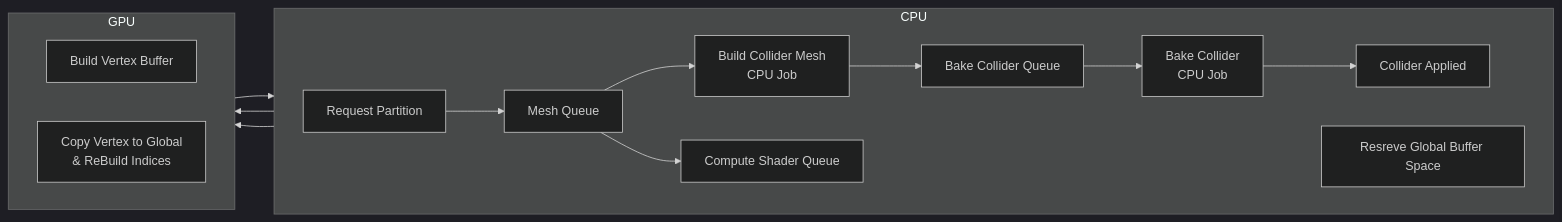
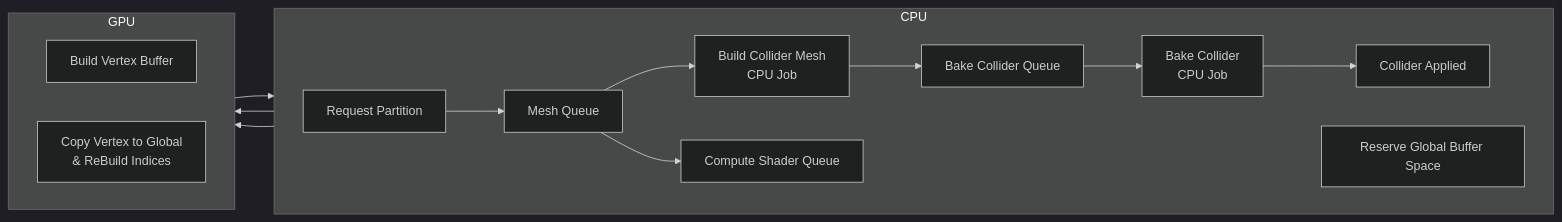
The fifth of 9 diagrams in Assets/Engine/Docs/MeshAndRenderPipeline.md (anilas5235/Infinitile), drawn with Mermaid (dark theme) before and after one commit. The commit also changed other lines of this file and 281 other files, not shown here.

````diff
--- a/Assets/Engine/Docs/MeshAndRenderPipeline.md
+++ b/Assets/Engine/Docs/MeshAndRenderPipeline.md
@@ -159,25 +159,25 @@
 ```mermaid
 flowchart LR
 subgraph CPU["CPU"]
     direction LR
     D[Request Partition] --> E[Mesh Queue]
     E --> F[Build Collider Mesh 
     CPU Job]
     F --> H[Bake Collider Queue]
     H --> I[Bake Collider
     CPU Job]
     I --> J[Collider Applied]
 
-    K[Resreve Global Buffer Space]
+    K[Reserve Global Buffer Space]
     B[Compute Shader Queue]
 end
 
 subgraph GPU
     direction LR
     E --> B
     B --> C[Build Vertex Buffer]
     C --> K
     K --> L[Copy Vertex to Global
     & ReBuild Indices]
 end   
 ```
````
